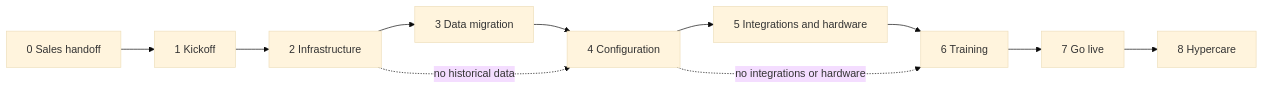
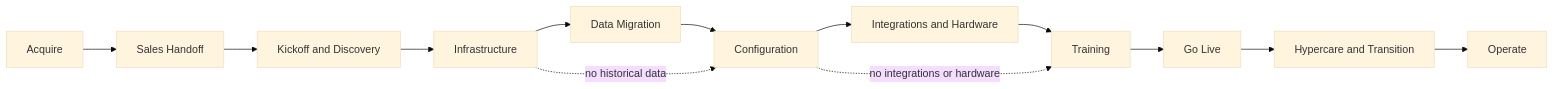
The diagram in internal/sops/deliver/implementation-lifecycle.md (mkeslin/tls-docs-repo), drawn with Mermaid (base theme) before and after one commit. The commit also changed other lines of this file, not shown here.

First line of the commit message:
Enhance implementation lifecycle documentation with comprehensive roadmap and phase details

````diff
--- a/internal/sops/deliver/implementation-lifecycle.md
+++ b/internal/sops/deliver/implementation-lifecycle.md
@@ -44,13 +14,15 @@
 ```mermaid
 flowchart LR
-  A[0 Sales handoff] --> B[1 Kickoff]
-  B --> C[2 Infrastructure]
-  C --> D[3 Data migration]
-  D --> E[4 Configuration]
-  E --> F[5 Integrations and hardware]
-  F --> G[6 Training]
-  G --> H[7 Go live]
-  H --> I[8 Hypercare]
-  C -.->|no historical data| E
-  E -.->|no integrations or hardware| G
+  AC[Acquire] --> SH[Sales Handoff]
+  SH --> KD[Kickoff and Discovery]
+  KD --> INF[Infrastructure]
+  INF --> DM[Data Migration]
+  DM --> CFG[Configuration]
+  CFG --> IH[Integrations and Hardware]
+  IH --> TR[Training]
+  TR --> GL[Go Live]
+  GL --> HT[Hypercare and Transition]
+  HT --> OP[Operate]
+  INF -.->|no historical data| CFG
+  CFG -.->|no integrations or hardware| TR
 ```
````
